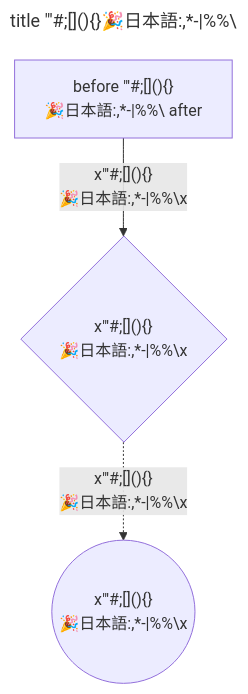
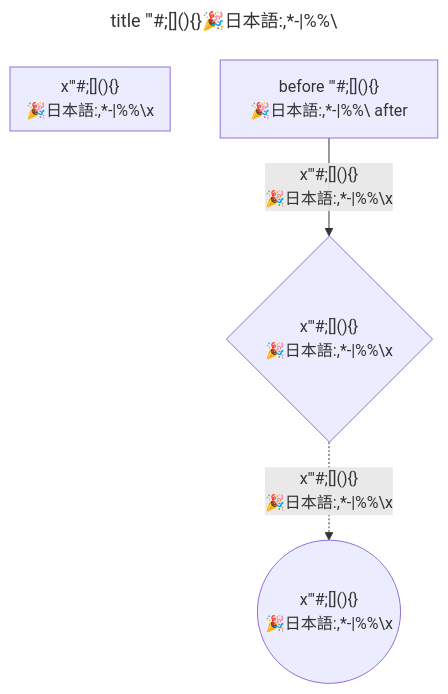
One commit to nao1215/markdown changed the diagram in doc/edgecase/flowchart.md. Above: the diagram before and after it, drawn with Mermaid. The commit also changed 12 other files, not shown here.

First line of the commit message:
feat(mermaid/flowchart): add subgraphs and the styling the other builders have (#181)

````diff
--- a/doc/edgecase/flowchart.md
+++ b/doc/edgecase/flowchart.md
@@ -5,11 +5,14 @@
 ```mermaid
 ---
 title: "title \"'#;[](){}🎉日本語:,*-|%%\\"
 ---
 flowchart TB
+    subgraph group["x#quot;'#;[](){}<br/>🎉日本語:,*-|%%\x"]
+    end
+    click A "https://example.com" "before #quot;'#;[](){}<br/>🎉日本語:,*-|%%\ after"
     A["before #quot;'#;[](){}<br/>🎉日本語:,*-|%%\ after"]
     B{"x#quot;'#;[](){}<br/>🎉日本語:,*-|%%\x"}
     C(("x#quot;'#;[](){}<br/>🎉日本語:,*-|%%\x"))
     A-->|"x#quot;'#;[](){}<br/>🎉日本語:,*-|%%\x"|B
     B-. "x#quot;'#;[](){}<br/>🎉日本語:,*-|%%\x" .-> C
 ```
````
